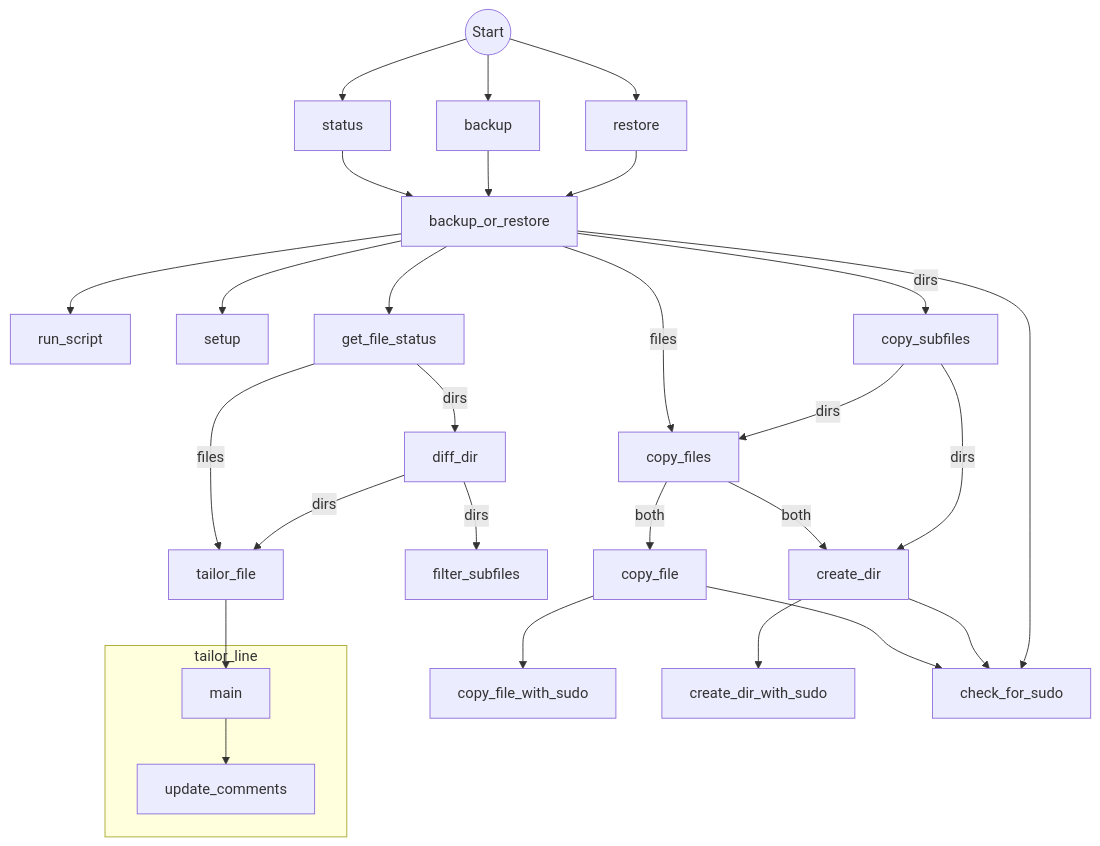
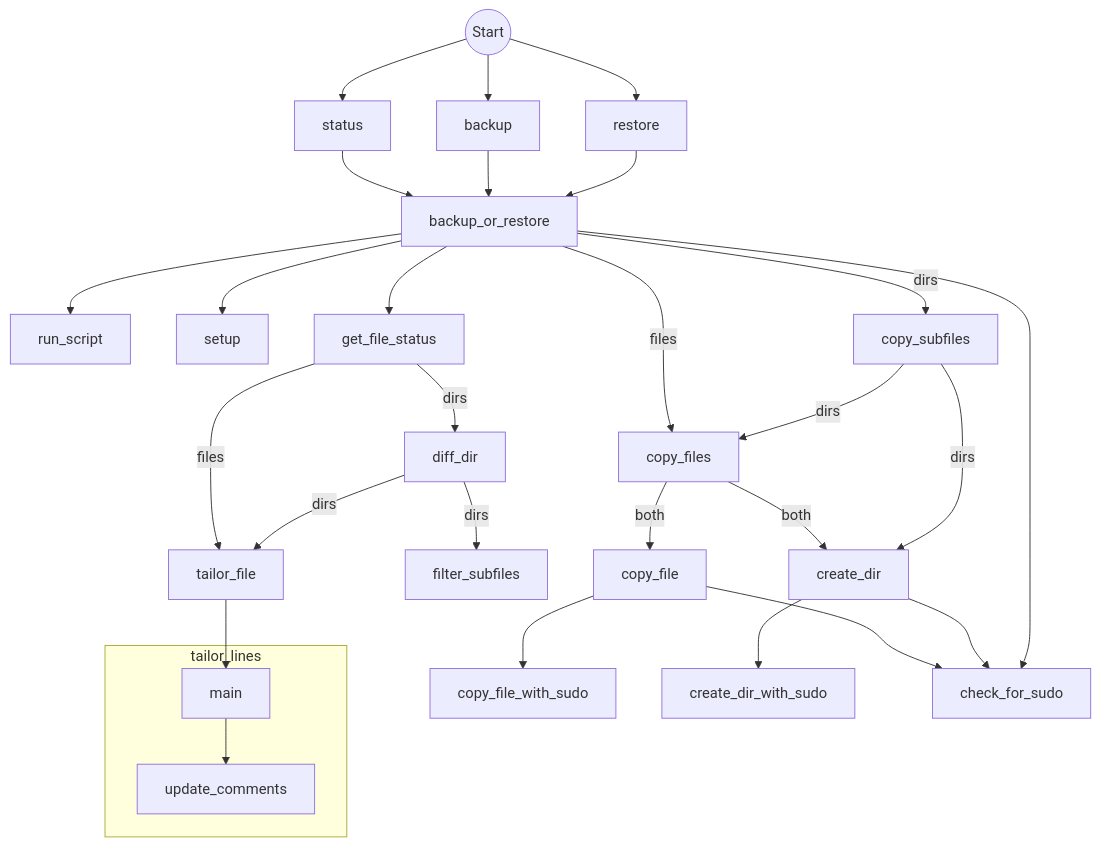
Before and after one commit to k4j8/filetailor: the diagram in docs/wiki/sync.md, drawn with Mermaid.

Commit message:
Fix typo in wiki flowchart

````diff
--- a/docs/wiki/sync.md
+++ b/docs/wiki/sync.md
@@ -1,55 +1,55 @@
 ```mermaid
 graph
 linkStyle default interpolate basis
 
-subgraph tailor_line
+subgraph tailor_lines
 main
 update_comments
 end
 
 %% Specify order of certain files to avoid overlapping arrows
 1((Start))
 tailor_file
 filter_subfiles
 copy_file
 
 1 --> status
 1 --> backup
 1 --> restore
 
 status --> backup_or_restore
 backup --> backup_or_restore
 restore --> backup_or_restore
 
 backup_or_restore --> run_script
 
 backup_or_restore --> setup
 
 backup_or_restore --> get_file_status
 
 get_file_status -- dirs --> diff_dir
 
 diff_dir -- dirs --> filter_subfiles
 
 get_file_status -- files --> tailor_file
 diff_dir -- dirs --> tailor_file
 
 backup_or_restore -- dirs --> copy_subfiles
 
 backup_or_restore -- files --> copy_files
 copy_subfiles -- dirs --> copy_files
 
 copy_files -- both --> copy_file
 copy_file --> copy_file_with_sudo
 
 copy_files -- both --> create_dir
 copy_subfiles -- dirs --> create_dir
 create_dir --> create_dir_with_sudo
 
 copy_file --> check_for_sudo
 create_dir --> check_for_sudo
 backup_or_restore --> check_for_sudo
 
 tailor_file --> main
 main --> update_comments
 ```
````
